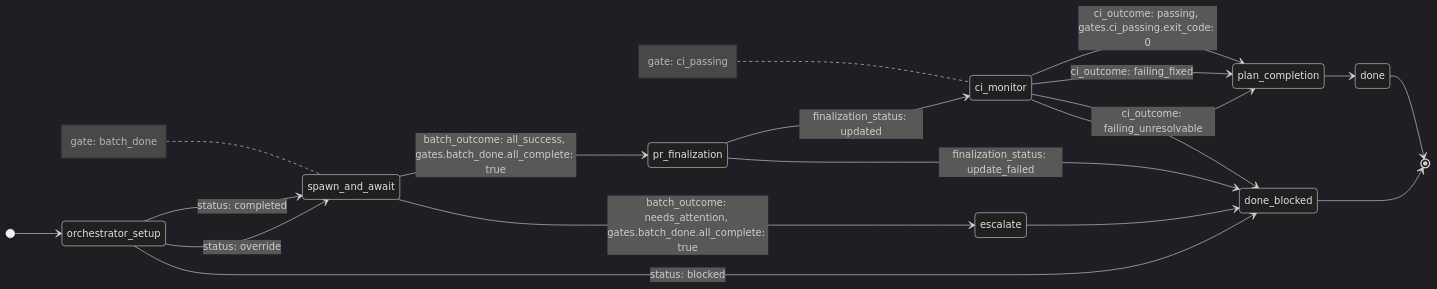
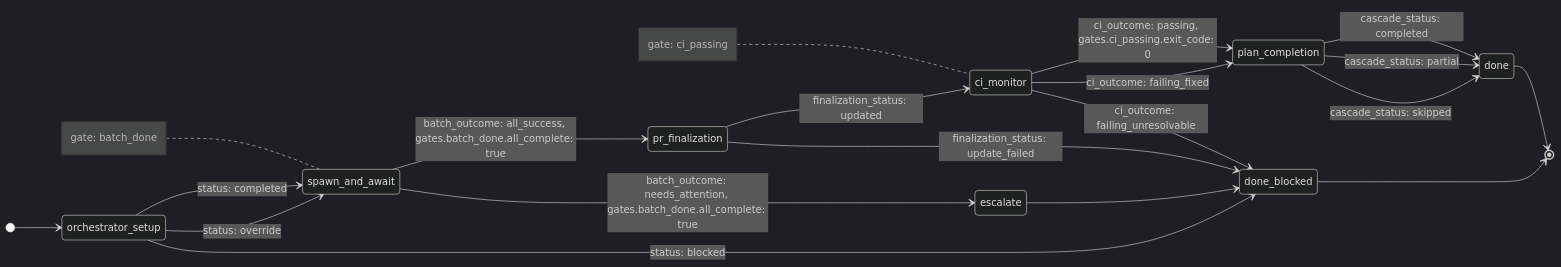
The diagram in skills/work-on/koto-templates/work-on-plan.mermaid.md (tsukumogami/shirabe), drawn with Mermaid (dark theme) before and after one commit. The commit also changed 1 other file, not shown here.

Commit message:
fix(work-on): remove unconditional fallback transitions from ci_monitor and plan_completion
Unconditional fallback transitions on ci_monitor and plan_completion were
silently firing when the forwarded evidence from pr_finalization didn't
match their conditional transitions. This caused both states to be skipped
in a single koto next call, bypassing CI verification and the cascade
script entirely.

Workaround for koto#146. Remove the ci_monitor fallback; expand
plan_completion's single fallback into three explicit transitions (one per
cascade_status value) so evidence is always required before routing to done.

````diff
--- a/skills/work-on/koto-templates/work-on-plan.mermaid.md
+++ b/skills/work-on/koto-templates/work-on-plan.mermaid.md
@@ -1,26 +1,27 @@
 ```mermaid
 stateDiagram-v2
     direction LR
     [*] --> orchestrator_setup
     ci_monitor --> plan_completion : ci_outcome: passing, gates.ci_passing.exit_code: 0
     ci_monitor --> plan_completion : ci_outcome: failing_fixed
     ci_monitor --> done_blocked : ci_outcome: failing_unresolvable
-    ci_monitor --> plan_completion
     escalate --> done_blocked
     orchestrator_setup --> spawn_and_await : status: completed
     orchestrator_setup --> spawn_and_await : status: override
     orchestrator_setup --> done_blocked : status: blocked
-    plan_completion --> done
+    plan_completion --> done : cascade_status: completed
+    plan_completion --> done : cascade_status: partial
+    plan_completion --> done : cascade_status: skipped
     pr_finalization --> ci_monitor : finalization_status: updated
     pr_finalization --> done_blocked : finalization_status: update_failed
     spawn_and_await --> pr_finalization : batch_outcome: all_success, gates.batch_done.all_complete: true
     spawn_and_await --> escalate : batch_outcome: needs_attention, gates.batch_done.all_complete: true
     done --> [*]
     done_blocked --> [*]
     note left of ci_monitor
         gate: ci_passing
     end note
     note left of spawn_and_await
         gate: batch_done
     end note
 ```
````
